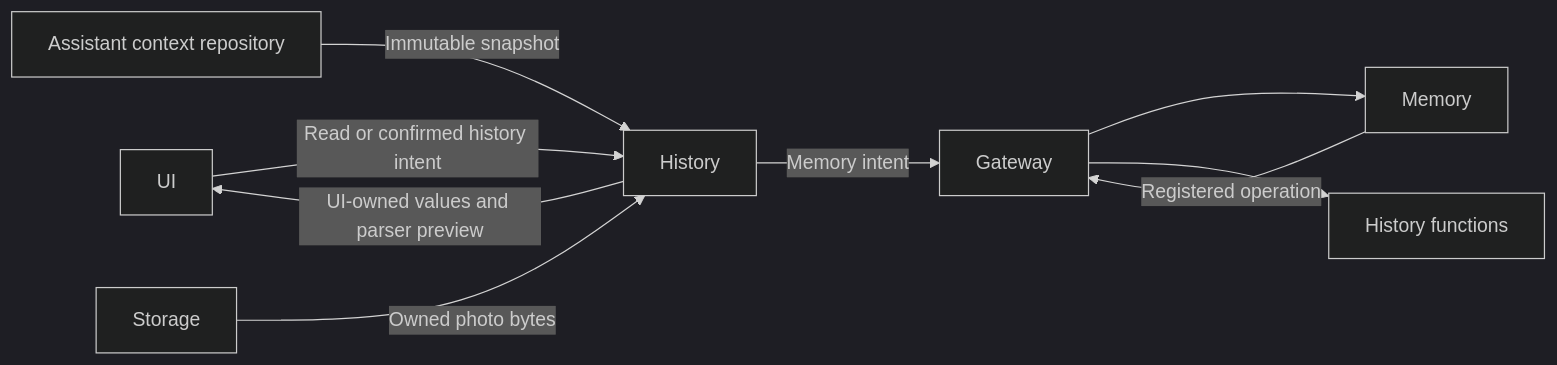
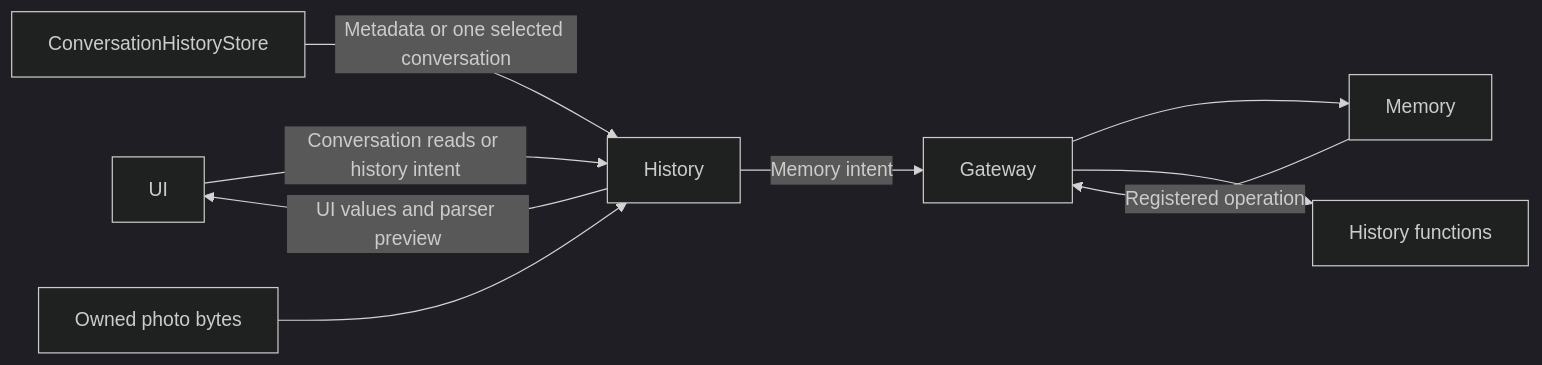
Before and after one commit to devilyouwei/MobileHarness: the diagram in MobileHarness/App/Workflows/History/README.md, drawn with Mermaid (dark theme). The commit also changed other lines of this file and 49 other files, not shown here.

````diff
--- a/MobileHarness/App/Workflows/History/README.md
+++ b/MobileHarness/App/Workflows/History/README.md
@@ -15,11 +13,11 @@
 ```mermaid
 flowchart LR
- UI -->|Read or confirmed history intent| History
- Repositories[Assistant context repository] -->|Immutable snapshot| History
+ UI -->|Conversation reads or history intent| History
+ Store[ConversationHistoryStore] -->|Metadata or one selected conversation| History
  History -->|Memory intent| Gateway
- Gateway --> Agents[Memory]
- Agents -->|Registered operation| Gateway
+ Gateway --> Memory
+ Memory -->|Registered operation| Gateway
  Gateway --> Actions[History functions]
- Storage -->|Owned photo bytes| History
- History -->|UI-owned values and parser preview| UI
+ Photos[Owned photo bytes] --> History
+ History -->|UI values and parser preview| UI
 ```
````
